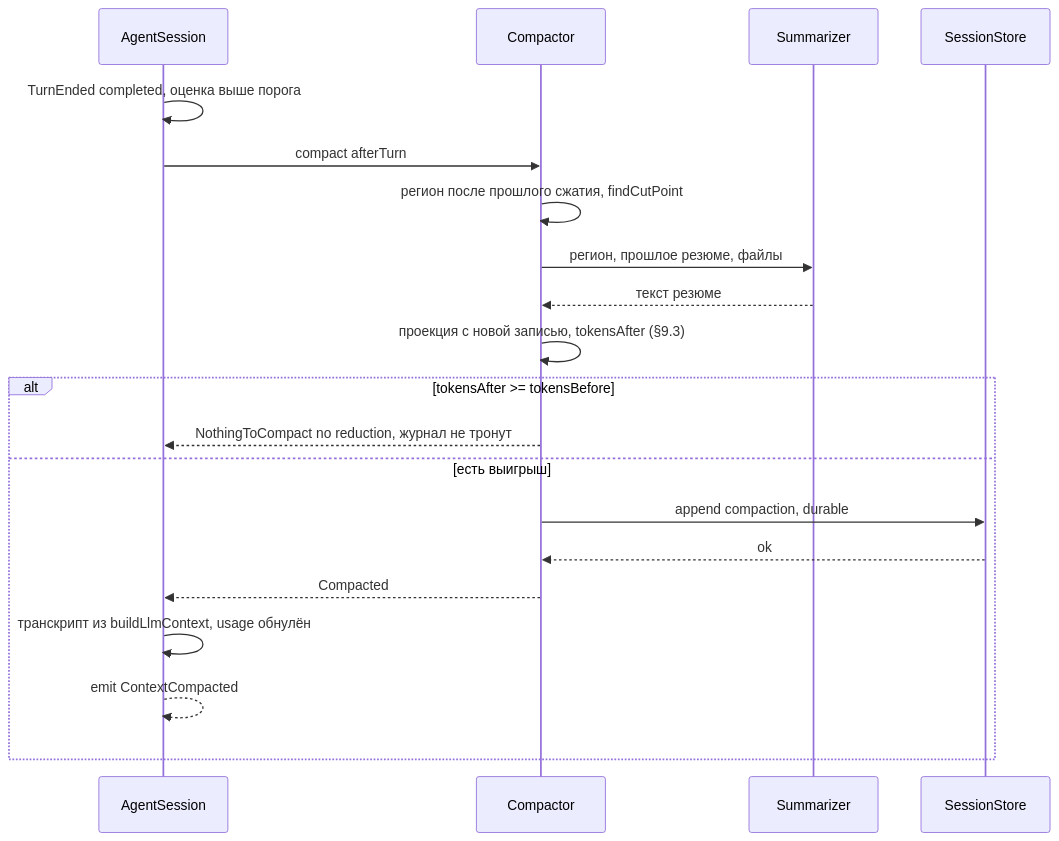
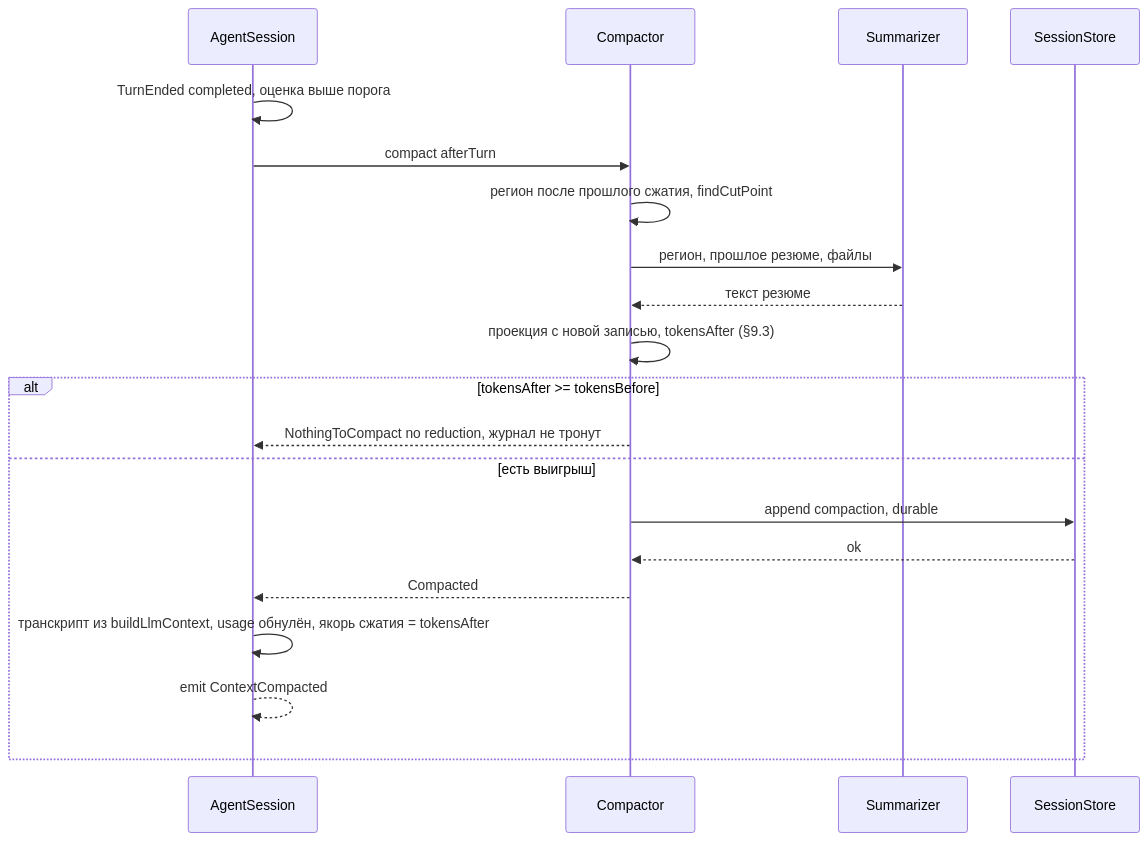
Before and after one commit to pese-git/codelab-app: the diagram in docs/architecture/proposals/agent-core/09-compaction.md, drawn with Mermaid. The commit also changed other lines of this file and 8 other files, not shown here.

Commit message:
docs: anchor-context-estimate-after-compaction — оценка контекста после сжатия якорится на tokensAfter последней записи compaction (D1–D10), D9 max снимается (D8, Q1), CMP-11, raw в журнал не пишется (Q2)

````diff
--- a/docs/architecture/proposals/agent-core/09-compaction.md
+++ b/docs/architecture/proposals/agent-core/09-compaction.md
@@ -474,22 +542,22 @@
 ```mermaid
 sequenceDiagram
     participant S as AgentSession
     participant K as Compactor
     participant M as Summarizer
     participant J as SessionStore
     S->>S: TurnEnded completed, оценка выше порога
     S->>K: compact afterTurn
     K->>K: регион после прошлого сжатия, findCutPoint
     K->>M: регион, прошлое резюме, файлы
     M-->>K: текст резюме
     K->>K: проекция с новой записью, tokensAfter (§9.3)
     alt tokensAfter >= tokensBefore
         K-->>S: NothingToCompact no reduction, журнал не тронут
     else есть выигрыш
         K->>J: append compaction, durable
         J-->>K: ok
         K-->>S: Compacted
-        S->>S: транскрипт из buildLlmContext, usage обнулён
+        S->>S: транскрипт из buildLlmContext, usage обнулён, якорь сжатия = tokensAfter
         S-->>S: emit ContextCompacted
     end
 ```
````
